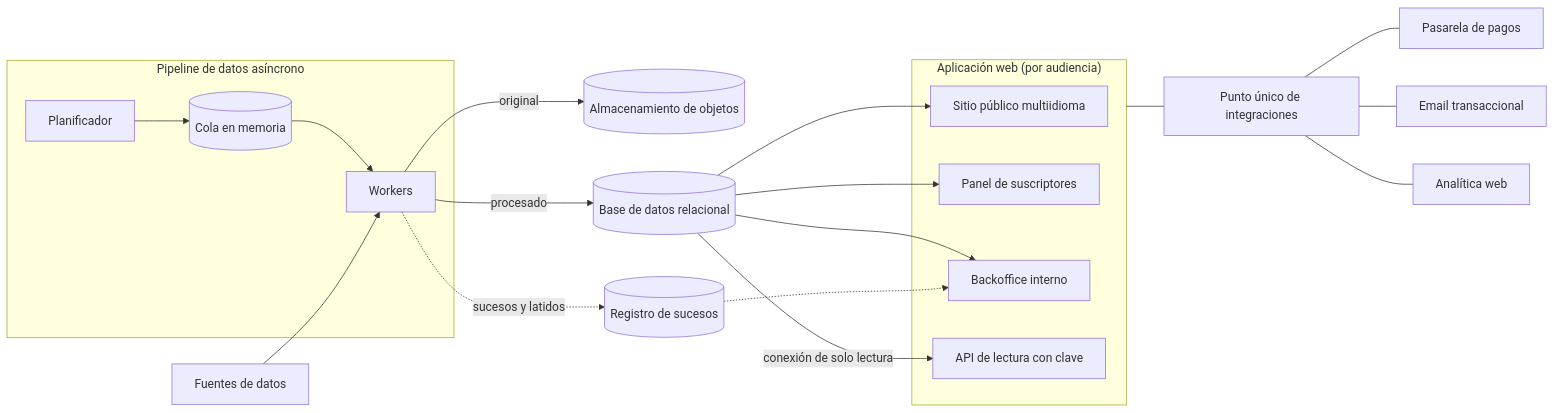
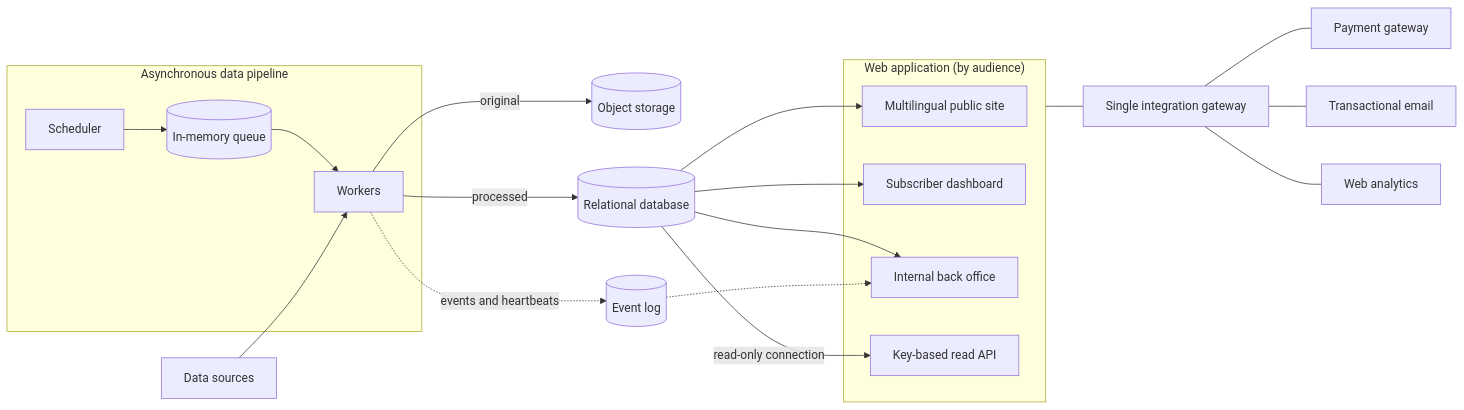
One commit to reMantiX2/engineering-portfolio changed the diagram in arpada-trading-system/README.md. Above: the diagram before and after it, drawn with Mermaid. The commit also changed other lines of this file and 19 other files, not shown here.

````diff
--- a/arpada-trading-system/README.md
+++ b/arpada-trading-system/README.md
@@ -26,31 +28,31 @@
 ```mermaid
 graph LR
-    subgraph WEB["Aplicación web (por audiencia)"]
-        PUB[Sitio público multiidioma]
-        DASH[Panel de suscriptores]
-        BO[Backoffice interno]
-        API[API de lectura con clave]
+    subgraph WEB["Web application (by audience)"]
+        PUB[Multilingual public site]
+        DASH[Subscriber dashboard]
+        BO[Internal back office]
+        API[Key-based read API]
     end
 
-    subgraph PIPE["Pipeline de datos asíncrono"]
-        PLAN[Planificador] --> COLA[(Cola en memoria)]
+    subgraph PIPE["Asynchronous data pipeline"]
+        PLAN[Scheduler] --> COLA[(In-memory queue)]
         COLA --> WRK[Workers]
     end
 
-    EXT[Fuentes de datos] --> WRK
-    WRK -->|original| OBJ[(Almacenamiento de objetos)]
-    WRK -->|procesado| DB[(Base de datos relacional)]
+    EXT[Data sources] --> WRK
+    WRK -->|original| OBJ[(Object storage)]
+    WRK -->|processed| DB[(Relational database)]
 
     DB --> PUB
     DB --> DASH
     DB --> BO
-    DB -->|conexión de solo lectura| API
+    DB -->|read-only connection| API
 
-    GW[Punto único de integraciones] --- PAY[Pasarela de pagos]
-    GW --- MAIL[Email transaccional]
-    GW --- AN[Analítica web]
+    GW[Single integration gateway] --- PAY[Payment gateway]
+    GW --- MAIL[Transactional email]
+    GW --- AN[Web analytics]
     WEB --- GW
 
-    WRK -.->|sucesos y latidos| LOG[(Registro de sucesos)]
+    WRK -.->|events and heartbeats| LOG[(Event log)]
     LOG -.-> BO
 ```
````
